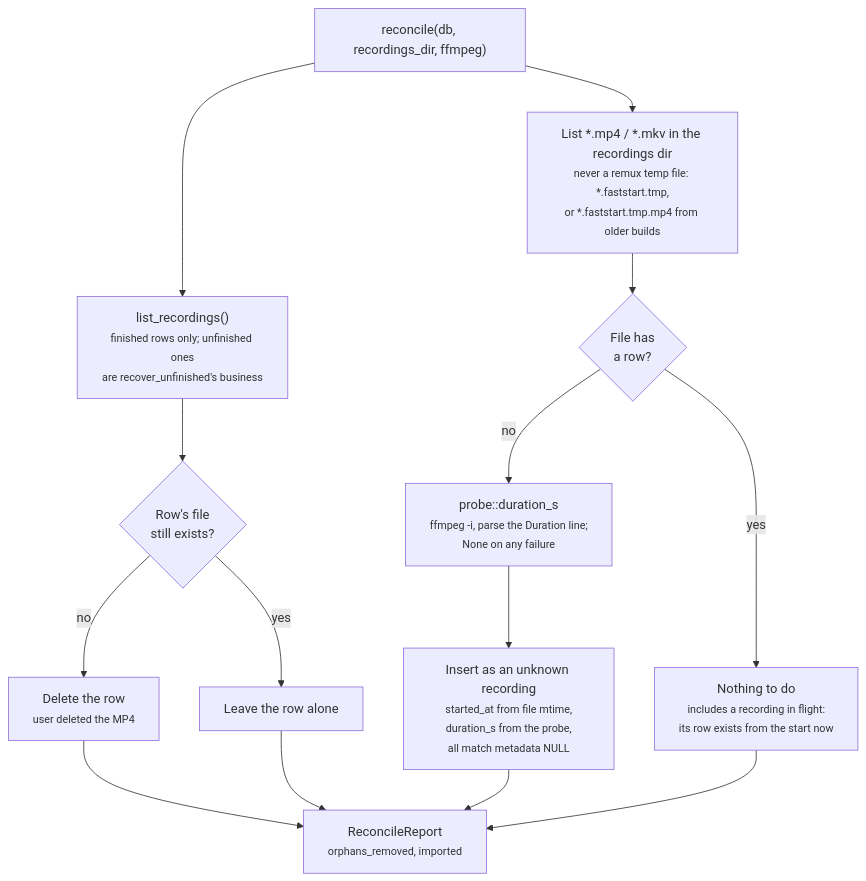
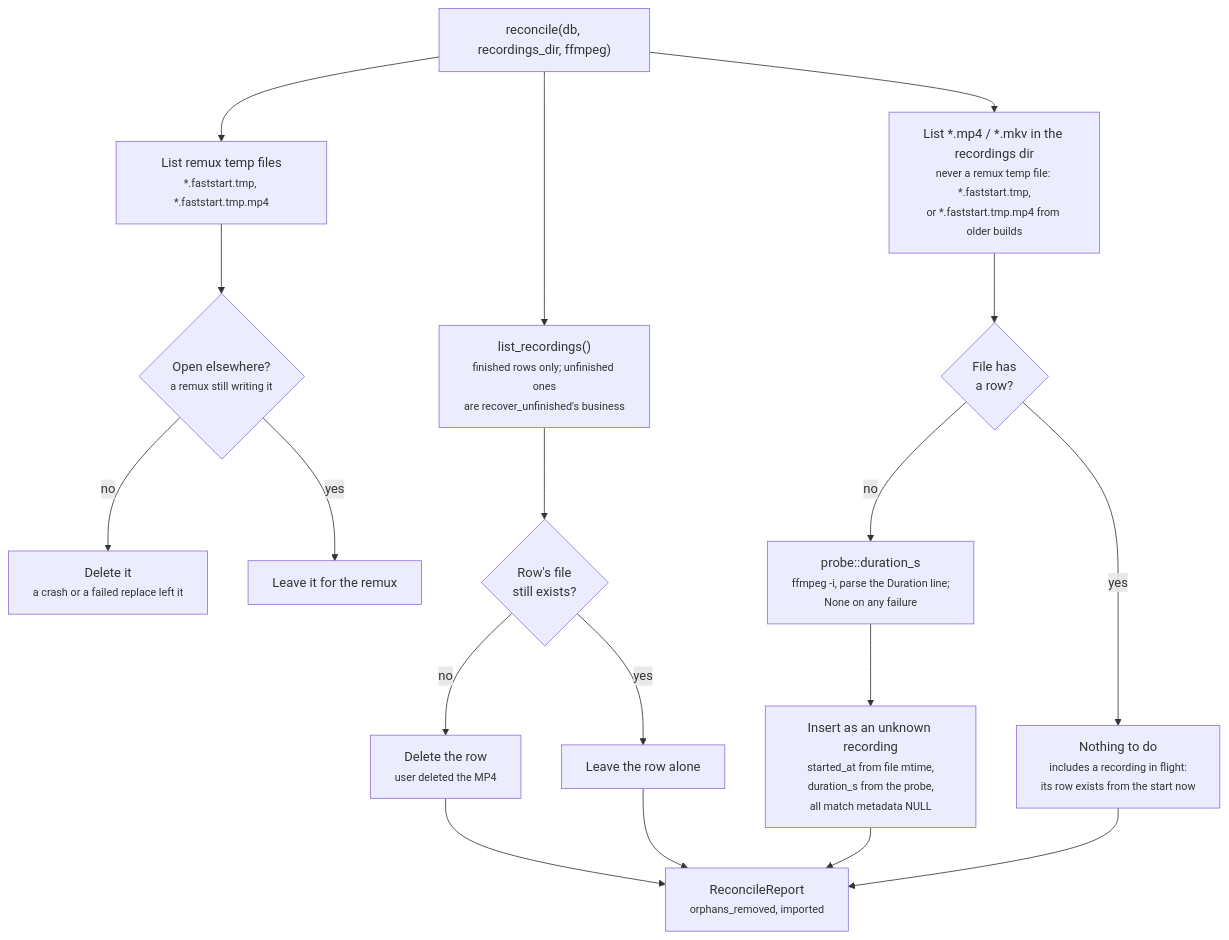
Before and after one commit to NinjaGoldfinch/ninja-recorder: the fourth of 5 diagrams in docs/data-model.md, drawn with Mermaid. The commit also changed other lines of this file and 14 other files, not shown here.

````diff
--- a/docs/data-model.md
+++ b/docs/data-model.md
@@ -685,16 +704,20 @@
 ```mermaid
 flowchart TB
     START["reconcile(db, recordings_dir, ffmpeg)"] --> ROWS["list_recordings()<br/><small>finished rows only; unfinished ones<br/>are recover_unfinished's business</small>"]
     START --> FILES["List *.mp4 / *.mkv in the recordings dir<br/><small>never a remux temp file: *.faststart.tmp,<br/>or *.faststart.tmp.mp4 from older builds</small>"]
+    START --> TMPS["List remux temp files<br/><small>*.faststart.tmp, *.faststart.tmp.mp4</small>"]
+    TMPS --> C3{"Open elsewhere?<br/><small>a remux still writing it</small>"}
+    C3 -->|"no"| SWEEP["Delete it<br/><small>a crash or a failed replace left it</small>"]
+    C3 -->|"yes"| LEAVE["Leave it for the remux"]
     ROWS --> C1{"Row's file<br/>still exists?"}
     C1 -->|"no"| DROP["Delete the row<br/><small>user deleted the MP4</small>"]
     C1 -->|"yes"| KEEP["Leave the row alone"]
     FILES --> C2{"File has<br/>a row?"}
     C2 -->|"no"| PROBE["probe::duration_s<br/><small>ffmpeg -i, parse the Duration line;<br/>None on any failure</small>"]
     PROBE --> IMPORT["Insert as an unknown recording<br/><small>started_at from file mtime,<br/>duration_s from the probe,<br/>all match metadata NULL</small>"]
     C2 -->|"yes"| SKIP["Nothing to do<br/><small>includes a recording in flight:<br/>its row exists from the start now</small>"]
     DROP --> REP["ReconcileReport<br/><small>orphans_removed, imported</small>"]
     KEEP --> REP
     IMPORT --> REP
     SKIP --> REP
 ```
````
